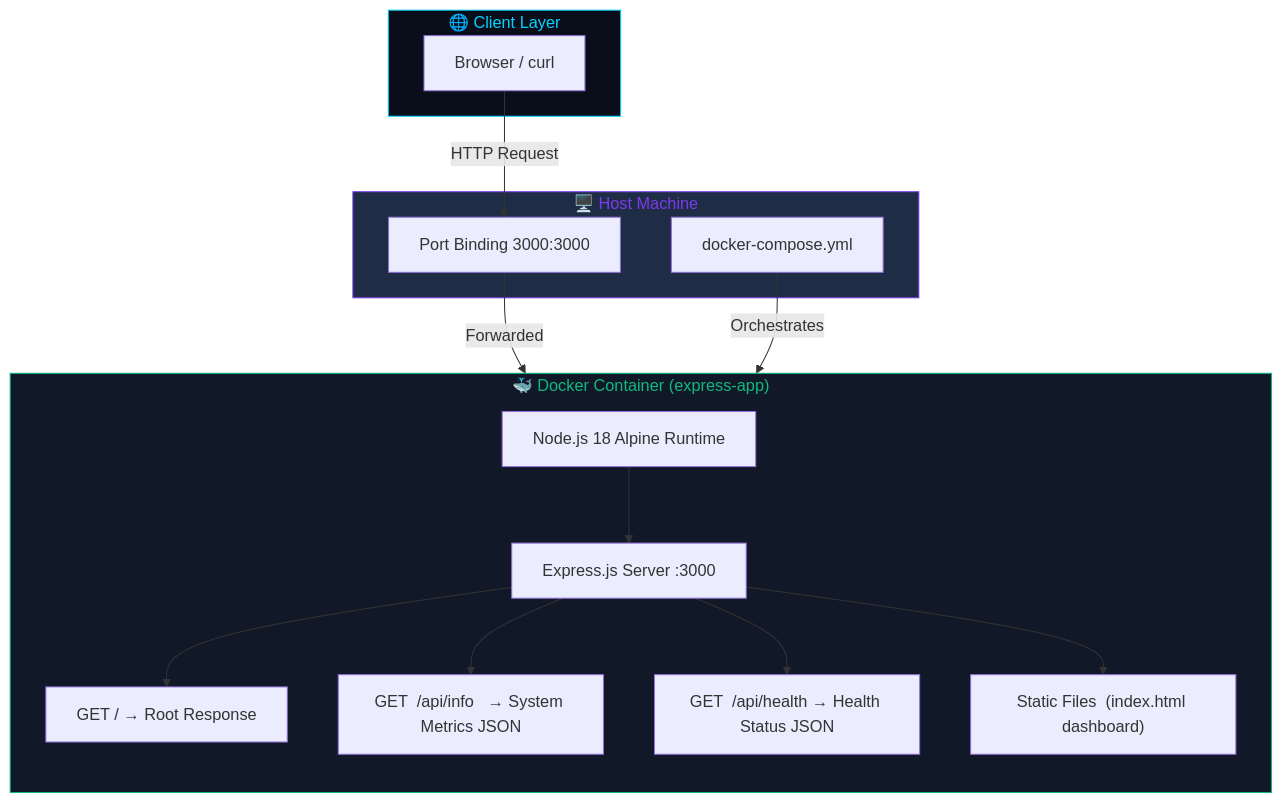
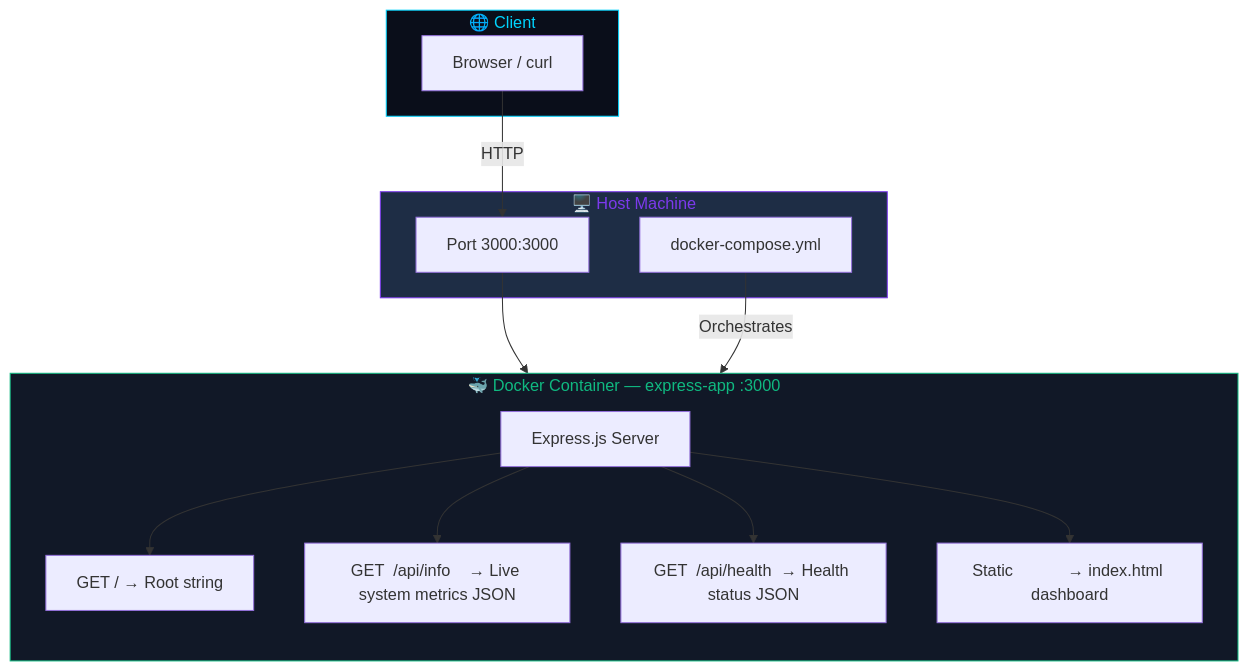
One commit to cloudtechnet/docker-task-1-webapp changed the first of 2 diagrams in PROJECT_GUIDE.md. Above: the diagram before and after it, drawn with Mermaid. The commit also changed other lines of this file, not shown here.

````diff
--- a/PROJECT_GUIDE.md
+++ b/PROJECT_GUIDE.md
@@ -83,34 +53,31 @@
 ```mermaid
 graph TB
-    subgraph CLIENT["🌐 Client Layer"]
+    subgraph CLIENT["🌐 Client"]
         B[Browser / curl]
     end
 
-    subgraph DOCKER["🐳 Docker Container  (express-app)"]
+    subgraph CONTAINER["🐳 Docker Container — express-app :3000"]
         direction TB
-        N[Node.js 18 Alpine Runtime]
-        E[Express.js Server :3000]
-        R1["GET  /           → Root Response"]
-        R2["GET  /api/info   → System Metrics JSON"]
-        R3["GET  /api/health → Health Status JSON"]
-        S["Static Files  (index.html dashboard)"]
-        N --> E
+        E[Express.js Server]
+        R1["GET  /            → Root string"]
+        R2["GET  /api/info    → Live system metrics JSON"]
+        R3["GET  /api/health  → Health status JSON"]
+        S["Static            → index.html dashboard"]
         E --> R1
         E --> R2
         E --> R3
         E --> S
     end
 
     subgraph HOST["🖥️ Host Machine"]
-        P["Port Binding  3000:3000"]
+        P["Port 3000:3000"]
         DC["docker-compose.yml"]
     end
 
-    B -->|HTTP Request| P
-    P -->|Forwarded| E
-    DC -->|Orchestrates| DOCKER
+    B -->|HTTP| P --> E
+    DC -->|Orchestrates| CONTAINER
 
-    style CLIENT fill:#0a0e1a,color:#00d4ff,stroke:#00d4ff
-    style DOCKER fill:#111827,color:#10b981,stroke:#10b981
-    style HOST fill:#1e2d45,color:#7c3aed,stroke:#7c3aed
+    style CLIENT   fill:#0a0e1a,color:#00d4ff,stroke:#00d4ff
+    style CONTAINER fill:#111827,color:#10b981,stroke:#10b981
+    style HOST     fill:#1e2d45,color:#7c3aed,stroke:#7c3aed
 ```
````
